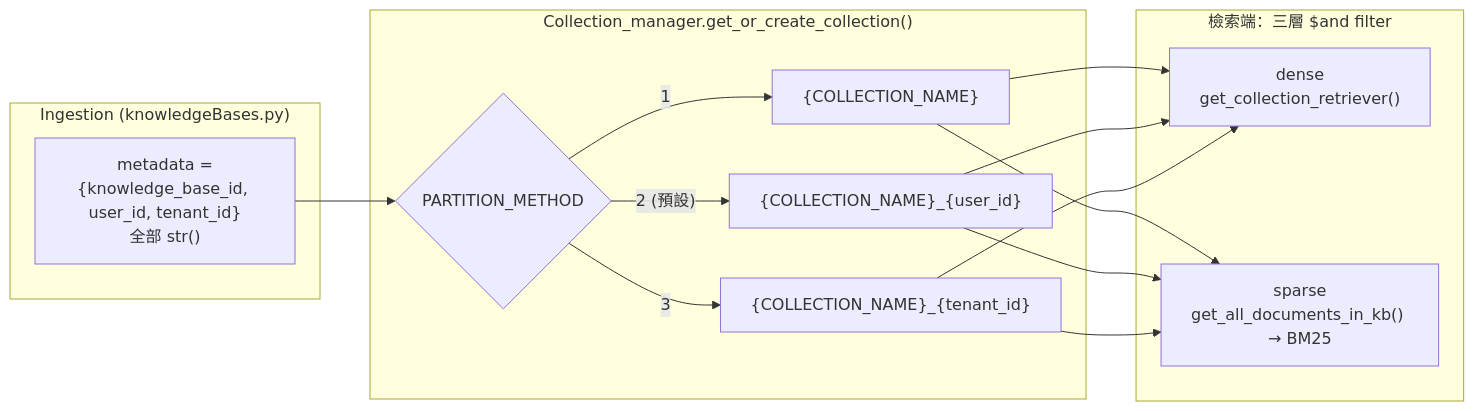
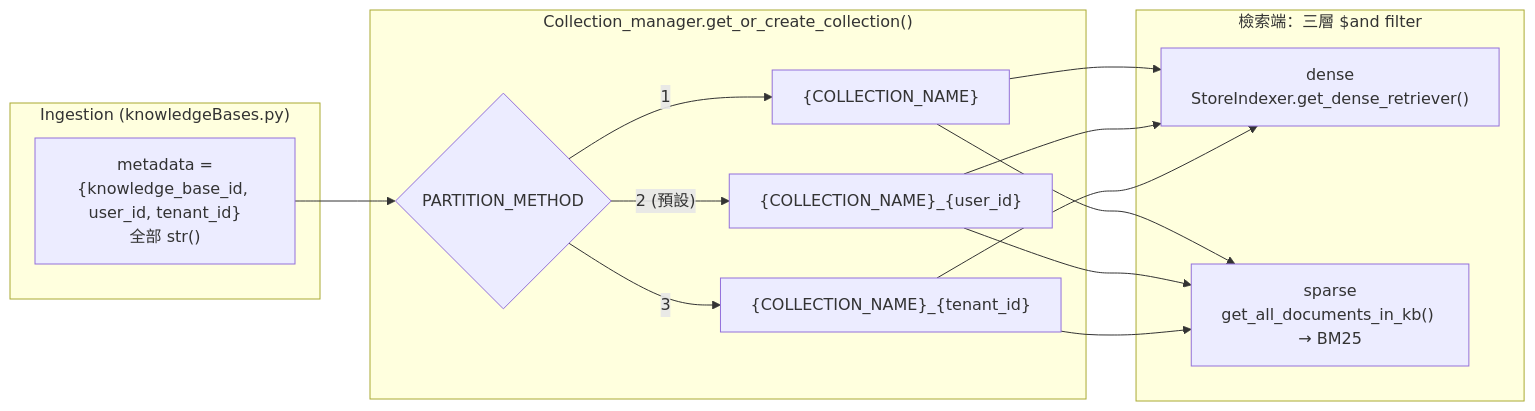
The third of 5 diagrams in docs/vectorstore/vectorstore-collection-partitioning-20261009.md (jltz1207/LoginFastapi), drawn with Mermaid before and after one commit. The commit also changed other lines of this file and 10 other files, not shown here.

Commit message:
refactor vectore store: add filter scope, move "get_dense_retriever" to storeindexer (Phase 1)

````diff
--- a/docs/vectorstore/vectorstore-collection-partitioning-20261009.md
+++ b/docs/vectorstore/vectorstore-collection-partitioning-20261009.md
@@ -68,18 +68,18 @@
 ```mermaid
 flowchart LR
     subgraph Ingestion["Ingestion (knowledgeBases.py)"]
         M["metadata =<br/>{knowledge_base_id, user_id, tenant_id}<br/>全部 str()"]
     end
     subgraph Collection["Collection_manager.get_or_create_collection()"]
         S{"PARTITION_METHOD"}
         S -->|1| G["{COLLECTION_NAME}"]
         S -->|"2 (預設)"| PU["{COLLECTION_NAME}_{user_id}"]
         S -->|3| PT["{COLLECTION_NAME}_{tenant_id}"]
     end
     subgraph Query["檢索端：三層 $and filter"]
-        D["dense<br/>get_collection_retriever()"]
+        D["dense<br/>StoreIndexer.get_dense_retriever()"]
         B["sparse<br/>get_all_documents_in_kb() → BM25"]
     end
     M --> S
     G & PU & PT --> D & B
 ```
````
